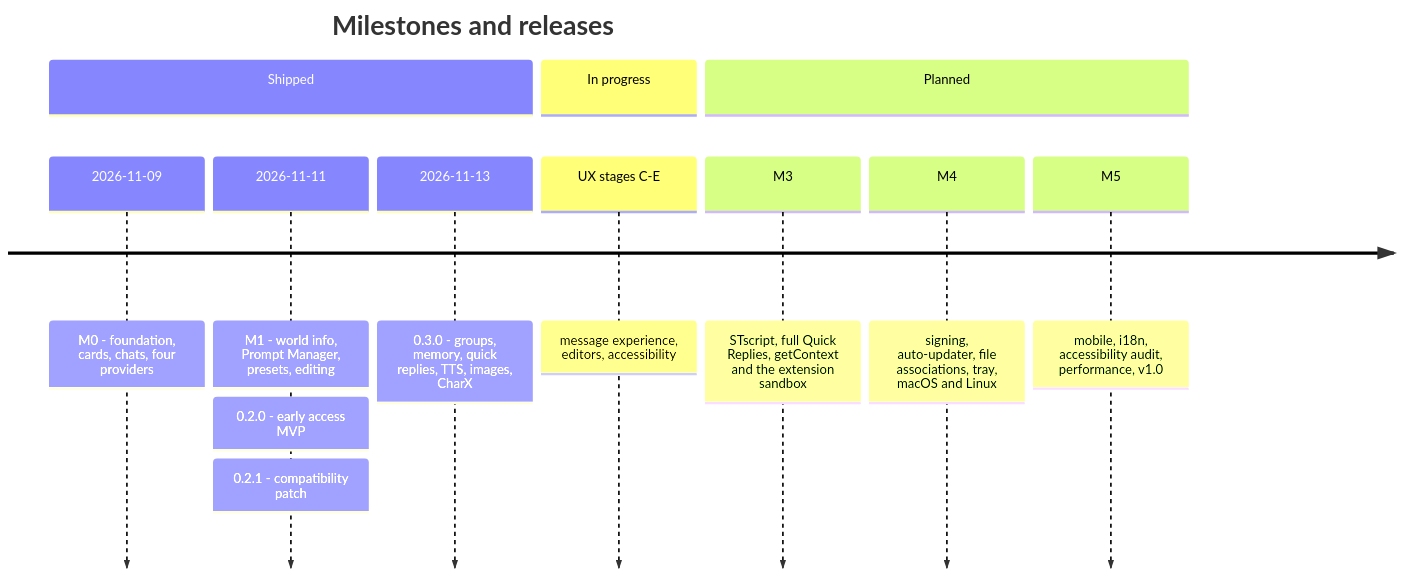
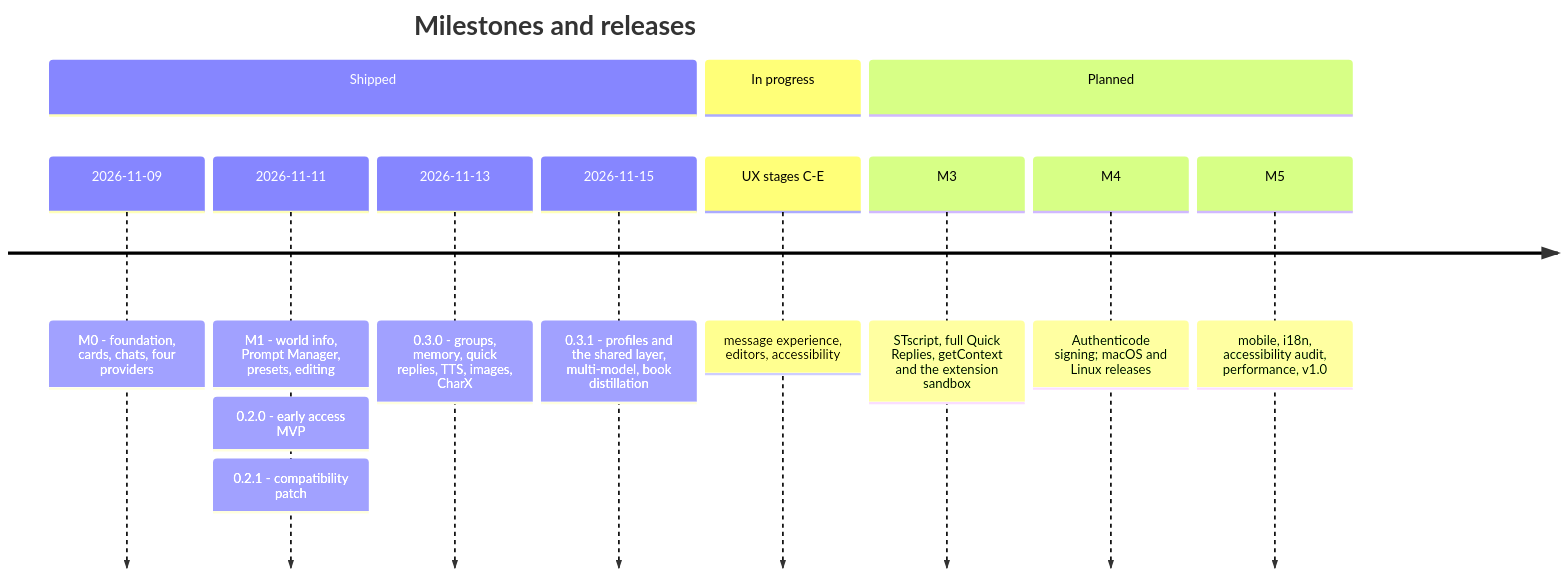
Before and after one commit to BerryUIKI/CatCup-Tavern: the diagram in docs/MILESTONES.md, drawn with Mermaid. The commit also changed other lines of this file and 12 other files, not shown here.

````diff
--- a/docs/MILESTONES.md
+++ b/docs/MILESTONES.md
@@ -17,16 +17,17 @@
 ```mermaid
 timeline
     title Milestones and releases
     section Shipped
         2026-11-09 : M0 - foundation, cards, chats, four providers
         2026-11-11 : M1 - world info, Prompt Manager, presets, editing
                    : 0.2.0 - early access MVP
                    : 0.2.1 - compatibility patch
         2026-11-13 : 0.3.0 - groups, memory, quick replies, TTS, images, CharX
+        2026-11-15 : 0.3.1 - profiles and the shared layer, multi-model, book distillation
     section In progress
         UX stages C-E : message experience, editors, accessibility
     section Planned
         M3 : STscript, full Quick Replies, getContext and the extension sandbox
-        M4 : signing, auto-updater, file associations, tray, macOS and Linux
+        M4 : Authenticode signing; macOS and Linux releases
         M5 : mobile, i18n, accessibility audit, performance, v1.0
 ```
````
